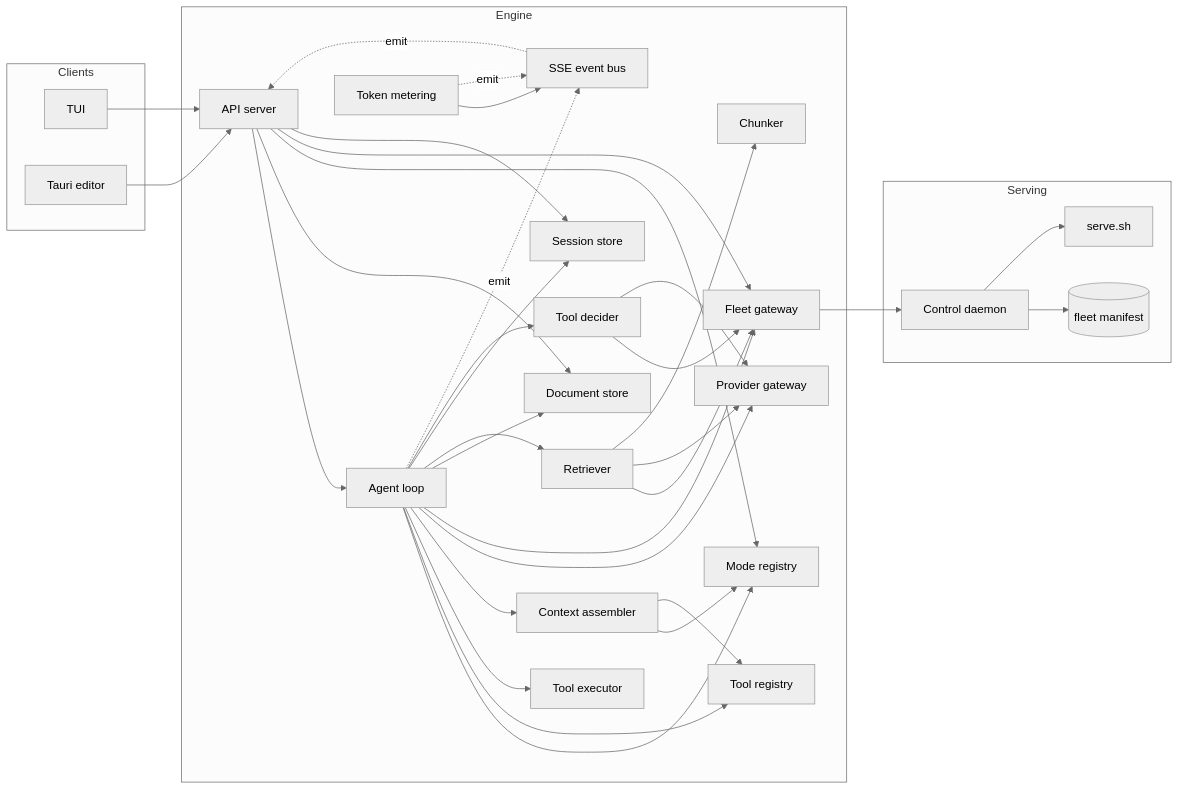
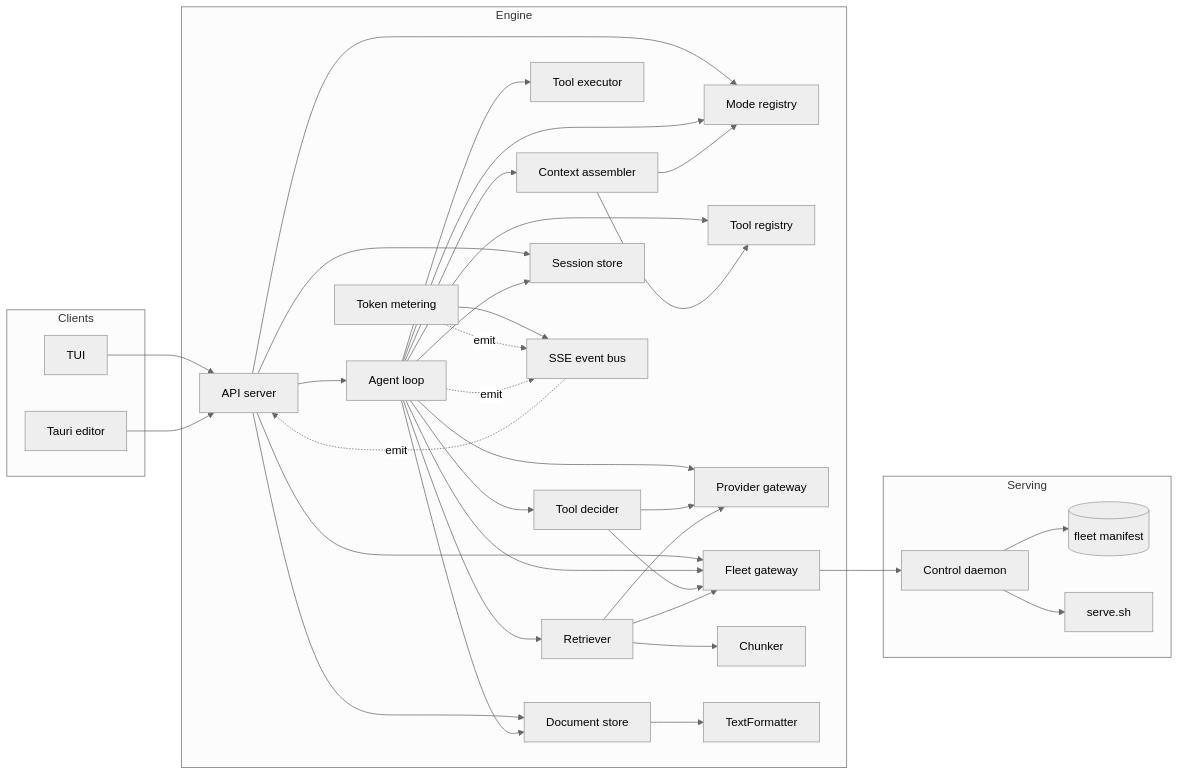
The diagram in docs/writing-assistant/contracts/module-boundaries.md (Snorre98/texteditor), drawn with Mermaid (neutral theme) before and after one commit. The commit also changed other lines of this file and 12 other files, not shown here.

````diff
--- a/docs/writing-assistant/contracts/module-boundaries.md
+++ b/docs/writing-assistant/contracts/module-boundaries.md
@@ -59,61 +60,63 @@
 ```mermaid
 flowchart LR
     subgraph clients[Clients]
         TUI[TUI]
         Tauri[Tauri editor]
     end
     subgraph engine[Engine]
         API[API server]
         Loop[Agent loop]
         Assembler[Context assembler]
         Mode[Mode registry]
         ToolReg[Tool registry]
         ToolExec[Tool executor]
         Decider[Tool decider]
         Prov[Provider gateway]
         Fleet[Fleet gateway]
         Meter[Token metering]
         Retriever[Retriever]
         Chunker[Chunker]
+        TextFormatter[TextFormatter]
         Doc[Document store]
         Sess[Session store]
         Bus[SSE event bus]
     end
     subgraph serving[Serving]
         Daemon[Control daemon]
         Manifest[(fleet manifest)]
         Exec[serve.sh]
     end
 
     TUI --> API
     Tauri --> API
     API --> Loop
     API --> Doc
     API --> Mode
     API --> Fleet
     API --> Sess
     Loop --> Mode
     Loop --> ToolReg
     Loop --> ToolExec
     Loop --> Assembler
     Loop --> Prov
     Loop --> Fleet
     Loop --> Doc
     Loop --> Retriever
     Loop --> Sess
     Loop --> Decider
     Decider --> Fleet
     Decider --> Prov
     Assembler --> Mode
     Assembler --> ToolReg
     Retriever --> Fleet
     Retriever --> Prov
     Retriever --> Chunker
+    Doc --> TextFormatter
     Meter --> Bus
     Fleet --> Daemon
     Daemon --> Manifest
     Daemon --> Exec
     Bus -.emit.-> API
     Meter -.emit.-> Bus
     Loop -.emit.-> Bus
 ```
````
